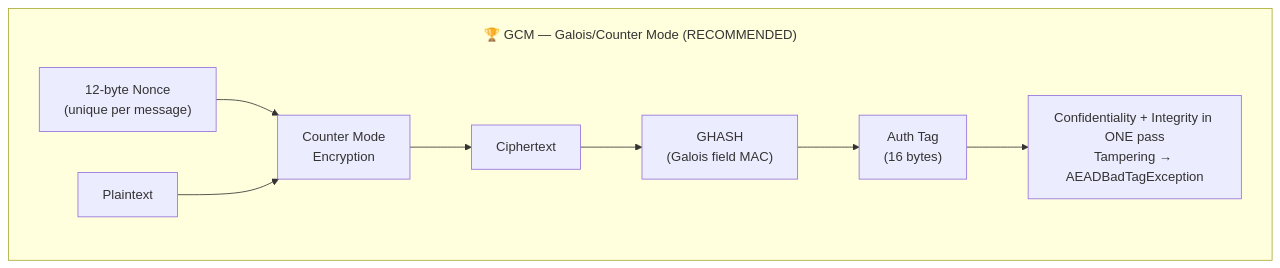
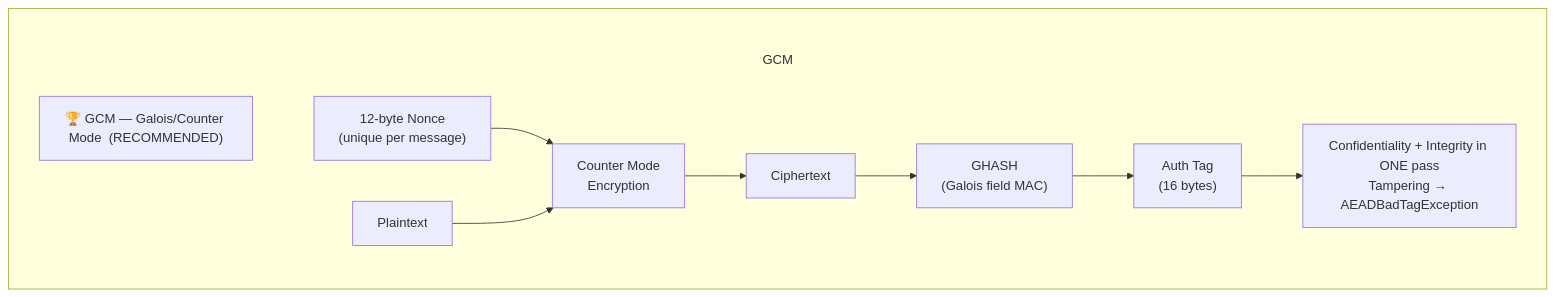
Before and after one commit to csoares/SecurityJava: the third of 4 diagrams in src/main/java/security/encryption/modes/README.md, drawn with Mermaid. The commit also changed other lines of this file and 11 other files, not shown here.

Commit message:
Fix Mermaid subgraph title overlap by moving labels into title nodes Replace subgraph label syntax (which overlaps first node) with explicit title nodes inside each subgraph, connected via invisible edges (~~~). Also increase subGraphTitleMargin top padding from 20 to 50 for extra space.

````diff
--- a/src/main/java/security/encryption/modes/README.md
+++ b/src/main/java/security/encryption/modes/README.md
@@ -45,10 +49,12 @@
 ```mermaid
-%%{init: {'flowchart': {'subGraphTitleMargin': {'top': 20, 'bottom': 5}}}}%%
+%%{init: {'flowchart': {'subGraphTitleMargin': {'top': 50, 'bottom': 10}}}}%%
 flowchart TD
-    subgraph GCM ["🏆 GCM — Galois/Counter Mode  (RECOMMENDED)"]
+    subgraph GCM
+        T_GCM["🏆 GCM — Galois/Counter Mode  (RECOMMENDED)"]
+        T_GCM ~~~ NONCE
         NONCE["12-byte Nonce<br/>(unique per message)"] --> CTR["Counter Mode<br/>Encryption"]
         P7["Plaintext"] --> CTR --> CT7["Ciphertext"]
         CT7 --> GHASH["GHASH<br/>(Galois field MAC)"] --> TAG["Auth Tag<br/>(16 bytes)"]
         TAG --> BEST["Confidentiality + Integrity in ONE pass<br/>Tampering → AEADBadTagException"]
     end
 ```
````
